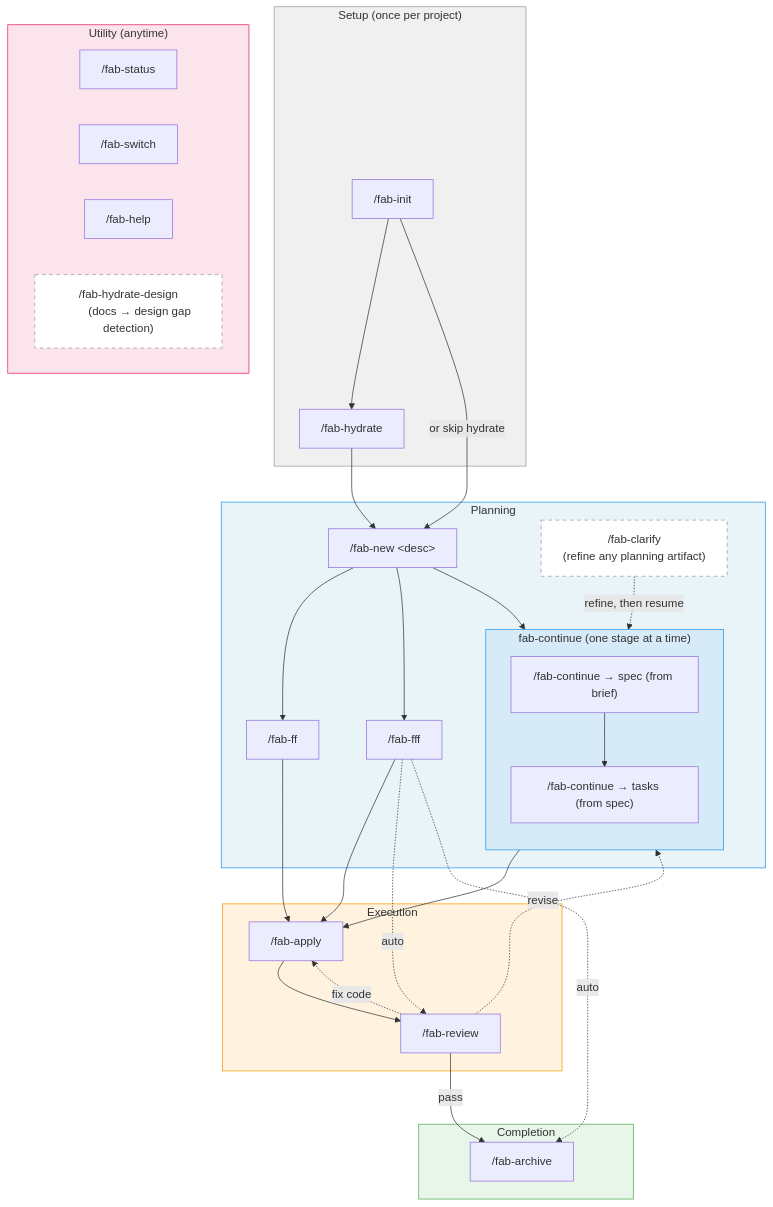
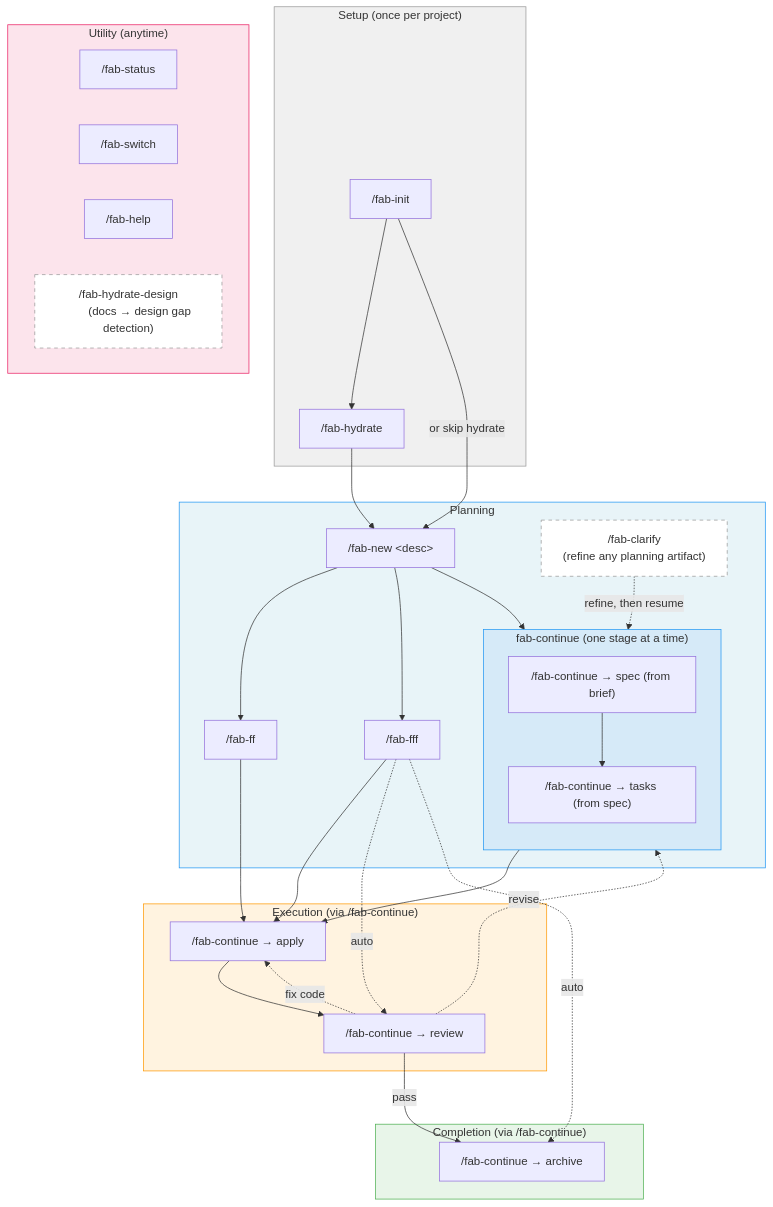
Before and after one commit to wvrdz/fab-kit: the third of 4 diagrams in fab/design/user-flow.md, drawn with Mermaid. The commit also changed other lines of this file and 34 other files, not shown here.

First line of the commit message:
feat: unify fab-apply, fab-review, fab-archive into fab-continue (#DEV-1014)

````diff
--- a/fab/design/user-flow.md
+++ b/fab/design/user-flow.md
@@ -69,78 +69,78 @@
 ```mermaid
 flowchart TD
     subgraph setup ["Setup (once per project)"]
         INIT["/fab-init"]
         HYDRATE["/fab-hydrate"]
     end
 
     subgraph planning ["Planning"]
         NEW["/fab-new &lt;desc&gt;"]
 
         subgraph continue ["fab-continue (one stage at a time)"]
             direction TB
             CONT_S["/fab-continue → spec (from brief)"]
             CONT_T["/fab-continue → tasks (from spec)"]
             CONT_S --> CONT_T
         end
 
         FF["/fab-ff"]
         FFF["/fab-fff"]
         CLARIFY["/fab-clarify
         (refine any planning artifact)"]
     end
 
-    subgraph execution ["Execution"]
-        APPLY["/fab-apply"]
-        REVIEW["/fab-review"]
+    subgraph execution ["Execution (via /fab-continue)"]
+        APPLY["/fab-continue → apply"]
+        REVIEW["/fab-continue → review"]
     end
 
-    subgraph completion ["Completion"]
-        ARCHIVE["/fab-archive"]
+    subgraph completion ["Completion (via /fab-continue)"]
+        ARCHIVE["/fab-continue → archive"]
     end
 
     subgraph utility ["Utility (anytime)"]
         STATUS["/fab-status"]
         SWITCH["/fab-switch"]
         HELP["/fab-help"]
         BACKFILL["/fab-hydrate-design
         (docs → design gap detection)"]
     end
 
     %% Setup
     INIT --> HYDRATE
     INIT -->|"or skip hydrate"| NEW
     HYDRATE --> NEW
 
     %% Brief fans out to three planning paths
     NEW --> CONT_S
     NEW --> FF
     NEW --> FFF
 
     %% Clarify connects to the continue block
     CLARIFY -.->|"refine, then resume"| continue
 
     %% Into execution
     CONT_T --> APPLY
     FF --> APPLY
     FFF --> APPLY
 
     %% Execution
     APPLY --> REVIEW
     FFF -.->|"auto"| REVIEW
 
     %% Review outcomes
     REVIEW -->|"pass"| ARCHIVE
     FFF -.->|"auto"| ARCHIVE
     REVIEW -.->|"fix code"| APPLY
     REVIEW -.->|"revise"| continue
 
     %% Styles
     style setup fill:#f0f0f0,stroke:#999
     style planning fill:#e8f4f8,stroke:#2196F3
     style continue fill:#d6eaf8,stroke:#2196F3
     style execution fill:#fff3e0,stroke:#FF9800
     style completion fill:#e8f5e9,stroke:#4CAF50
     style utility fill:#fce4ec,stroke:#e91e63
     style BACKFILL fill:#fff,stroke:#999,stroke-dasharray: 5 5
     style CLARIFY fill:#fff,stroke:#999,stroke-dasharray: 5 5
 ```
````
